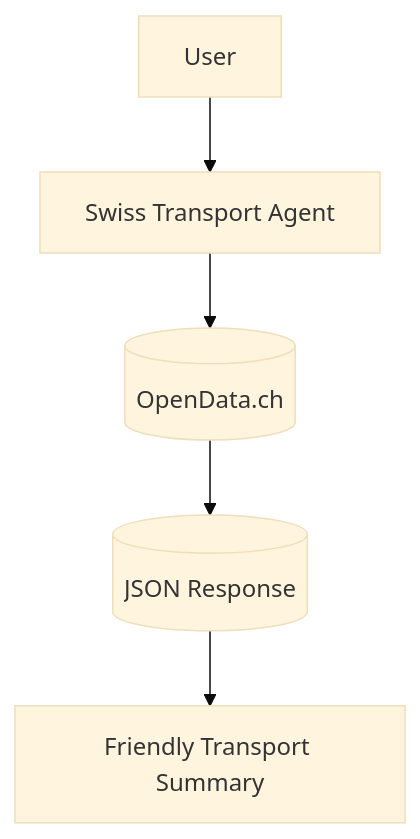
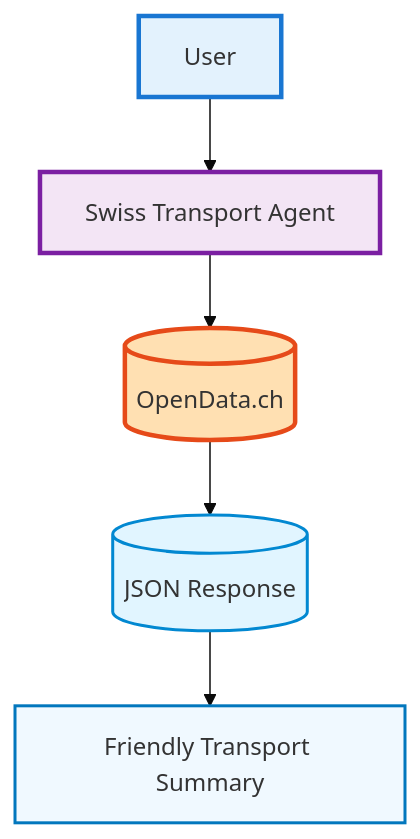
One commit to INNOQ-doc/innoq-doc changed the diagram in cookbook/swiss-transport-agent.mdx. Above: the diagram before and after it, drawn with Mermaid (base theme). The commit also changed 2 other files, not shown here.

Commit message:
Documentation edits made through Mintlify web editor

````diff
--- a/cookbook/swiss-transport-agent.mdx
+++ b/cookbook/swiss-transport-agent.mdx
@@ -22,8 +22,13 @@
 ```mermaid
 flowchart TD
     User[User] --> Agent[Swiss Transport Agent]
     Agent --> API[(OpenData.ch)] 
     API --> Response[(JSON Response)]
     Response --> Output[Friendly Transport Summary]
 
+    style User fill:#e3f2fd,stroke:#1976d2,stroke-width:3px
+    style Agent fill:#f3e5f5,stroke:#7b1fa2,stroke-width:3px
+    style API fill:#ffe0b2,stroke:#e64a19,stroke-width:3px
+    style Response fill:#e1f5ff,stroke:#0288d1,stroke-width:2px
+    style Output fill:#f0f9ff,stroke:#0277bd,stroke-width:2px
 ```
````
